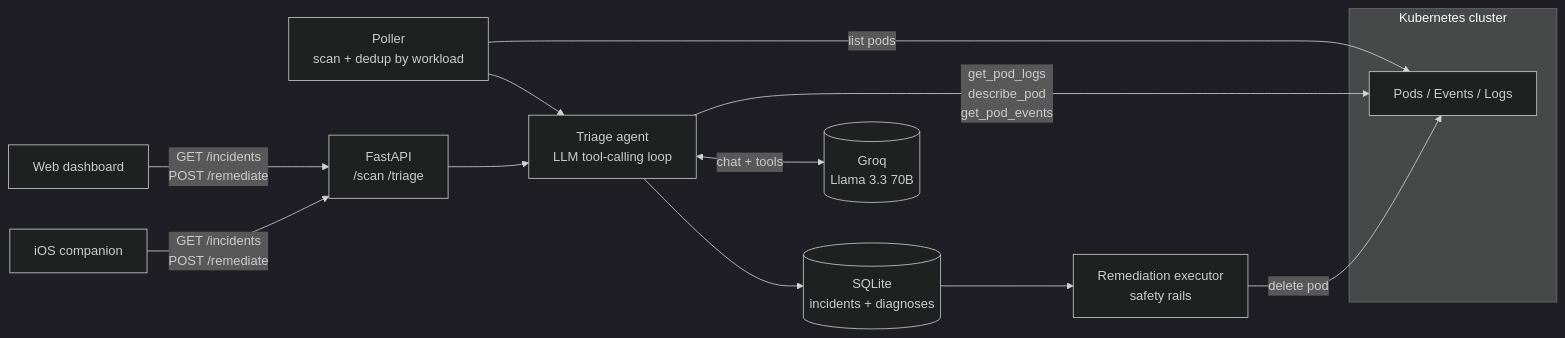
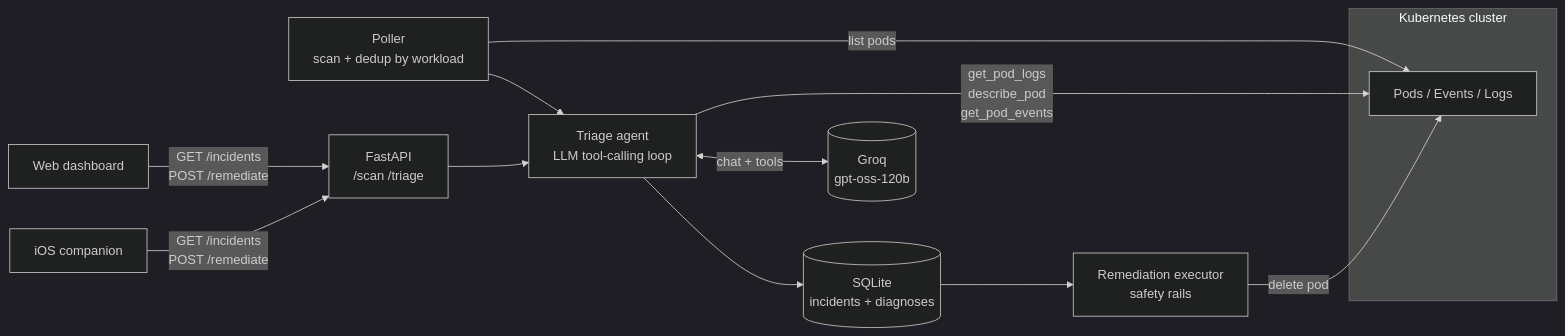
Before and after one commit to shellyco-code/Triton: the diagram in README.md, drawn with Mermaid (dark theme). The commit also changed other lines of this file and 5 other files, not shown here.

````diff
--- a/README.md
+++ b/README.md
@@ -29,15 +29,15 @@
 ```mermaid
 flowchart LR
     subgraph Cluster[Kubernetes cluster]
         P[Pods / Events / Logs]
     end
     Poller[Poller<br/>scan + dedup by workload] -->|list pods| P
     Poller --> Agent
     API[FastAPI<br/>/scan /triage] --> Agent
     Agent[Triage agent<br/>LLM tool-calling loop] -->|get_pod_logs<br/>describe_pod<br/>get_pod_events| P
-    Agent <-->|chat + tools| LLM[(Groq<br/>Llama 3.3 70B)]
+    Agent <-->|chat + tools| LLM[(Groq<br/>gpt-oss-120b)]
     Agent --> DB[(SQLite<br/>incidents + diagnoses)]
     DB --> Exec[Remediation executor<br/>safety rails]
     Exec -->|delete pod| P
     Dash[Web dashboard] & iOS[iOS companion] -->|GET /incidents<br/>POST /remediate| API
 ```
````
